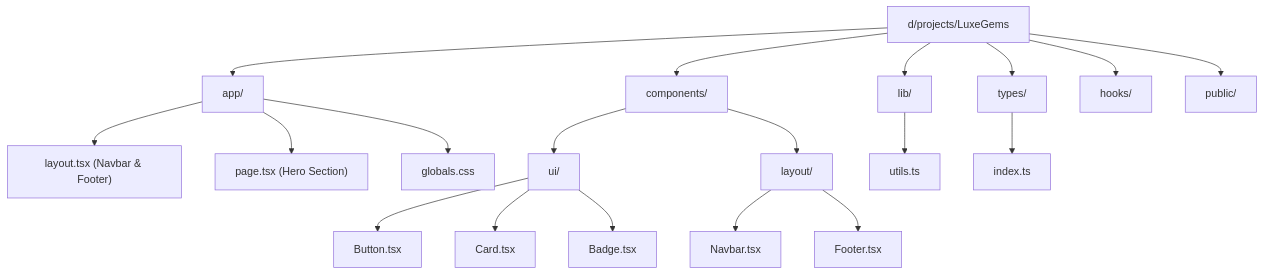
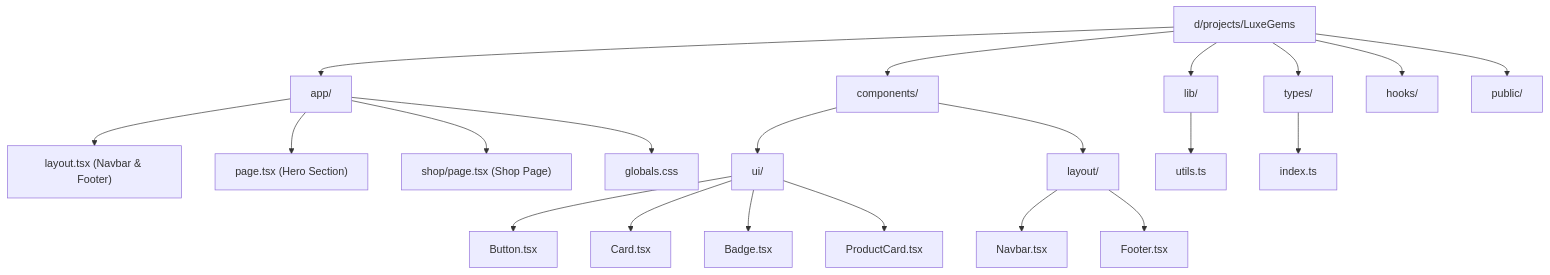
The first of 3 diagrams in README.md (nandakumar-nandu/LuxeGems), drawn with Mermaid before and after one commit. The commit also changed other lines of this file and 8 other files, not shown here.

First line of the commit message:
feat: add ProductCard component and static shop page gallery

````diff
--- a/README.md
+++ b/README.md
@@ -62,27 +68,29 @@
 ```mermaid
 graph TD
     Root[d/projects/LuxeGems]
     Root --> App[app/]
     Root --> Comp[components/]
     Root --> Lib[lib/]
     Root --> Types[types/]
     Root --> Hooks[hooks/]
     Root --> Pub[public/]
 
     App --> Layout["layout.tsx (Navbar & Footer)"]
     App --> Page["page.tsx (Hero Section)"]
+    App --> Shop["shop/page.tsx (Shop Page)"]
     App --> CSS[globals.css]
 
     Comp --> UI[ui/]
     Comp --> LayoutComp[layout/]
 
     UI --> Button[Button.tsx]
     UI --> Card[Card.tsx]
     UI --> Badge[Badge.tsx]
+    UI --> ProductCard[ProductCard.tsx]
 
     LayoutComp --> Navbar[Navbar.tsx]
     LayoutComp --> Footer[Footer.tsx]
 
     Lib --> Utils[utils.ts]
     Types --> TypeIndex[index.ts]
 ```
````
